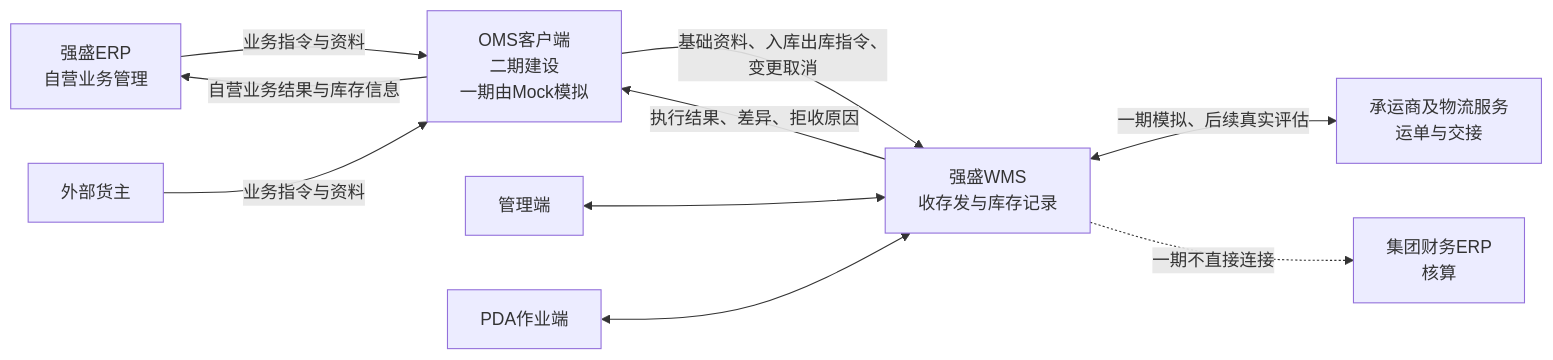
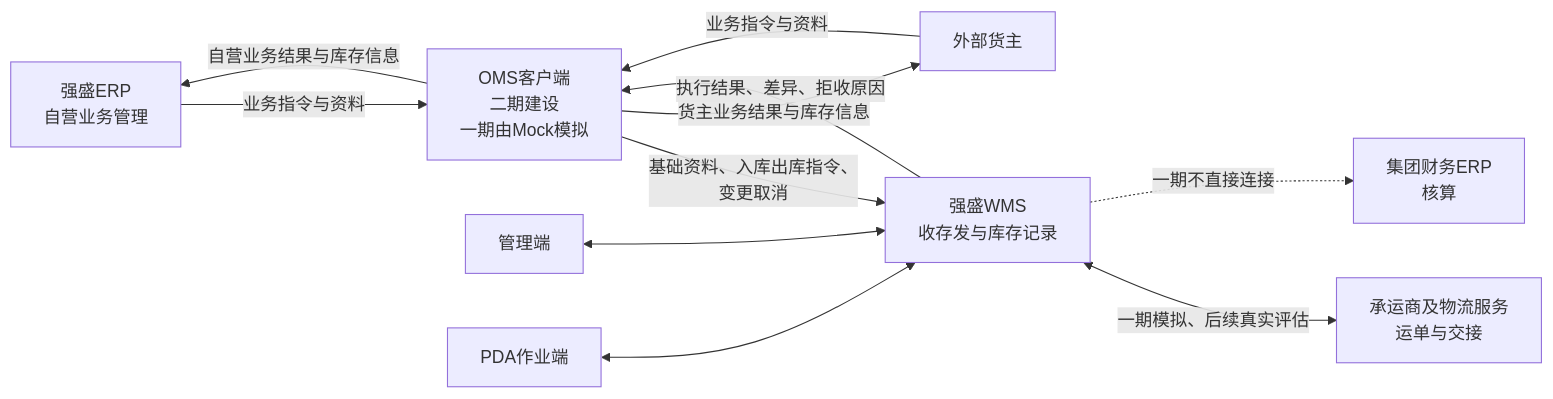
Before and after one commit to TopVitamin/QS-WMS-Project: the diagram in 05-应用设计方案/20261002-MVP版本/系统架构设计/04-系统边界与上下游链路总览.md, drawn with Mermaid. The commit also changed other lines of this file and 63 other files, not shown here.

````diff
--- a/05-应用设计方案/20261002-MVP版本/系统架构设计/04-系统边界与上下游链路总览.md
+++ b/05-应用设计方案/20261002-MVP版本/系统架构设计/04-系统边界与上下游链路总览.md
@@ -15,12 +15,13 @@
 ```mermaid
 flowchart LR
     E[强盛ERP<br/>自营业务管理] -->|业务指令与资料| OMS
     C[外部货主] -->|业务指令与资料| OMS
     OMS[OMS客户端<br/>二期建设<br/>一期由Mock模拟] -->|基础资料、入库出库指令、<br/>变更取消| W[强盛WMS<br/>收存发与库存记录]
     W -->|执行结果、差异、拒收原因| OMS
     OMS -->|自营业务结果与库存信息| E
+    OMS -->|货主业务结果与库存信息| C
     W <-->|一期模拟、后续真实评估| L[承运商及物流服务<br/>运单与交接]
     W -.->|一期不直接连接| F[集团财务ERP<br/>核算]
     P1[管理端] <--> W
     P2[PDA作业端] <--> W
 ```
````
